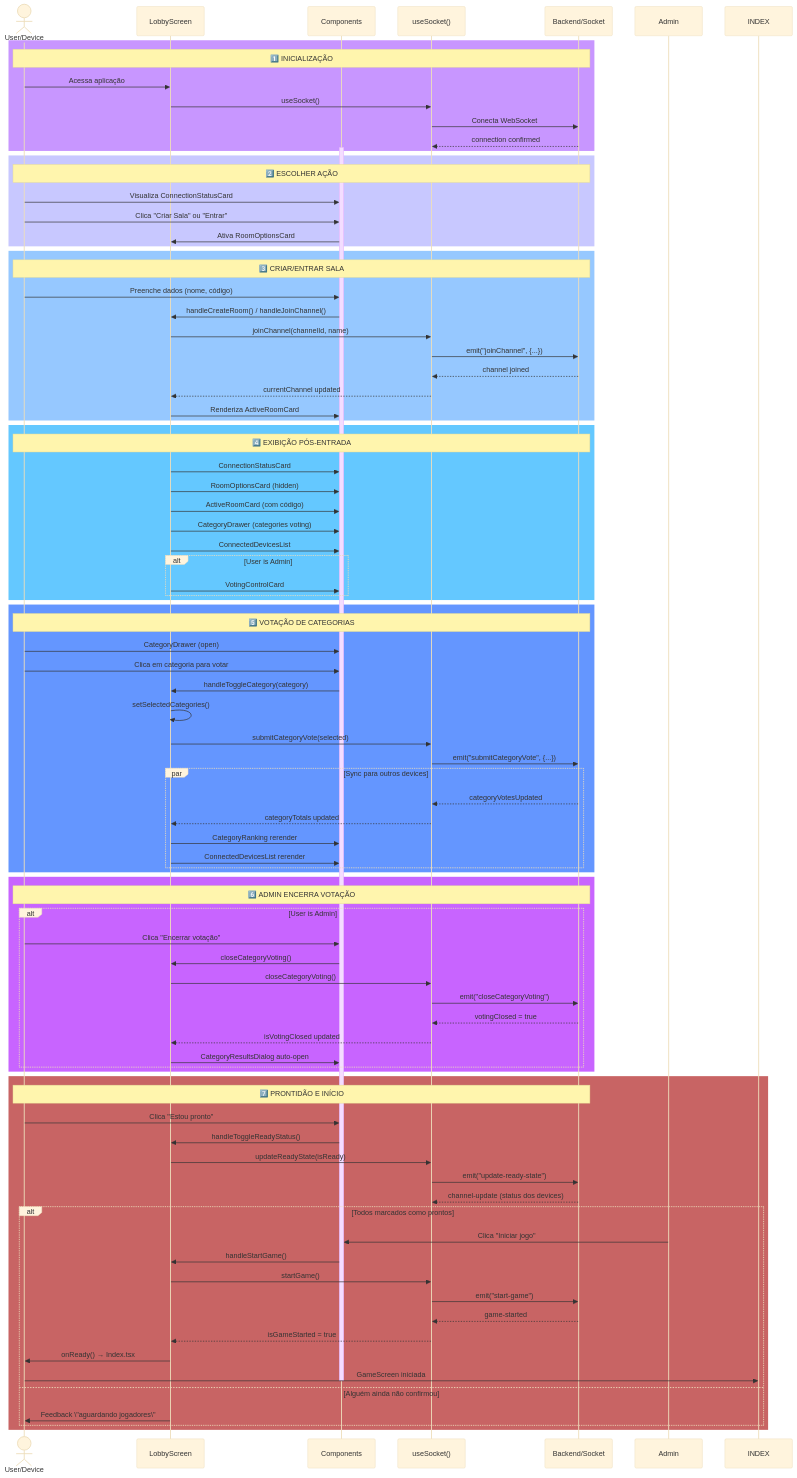
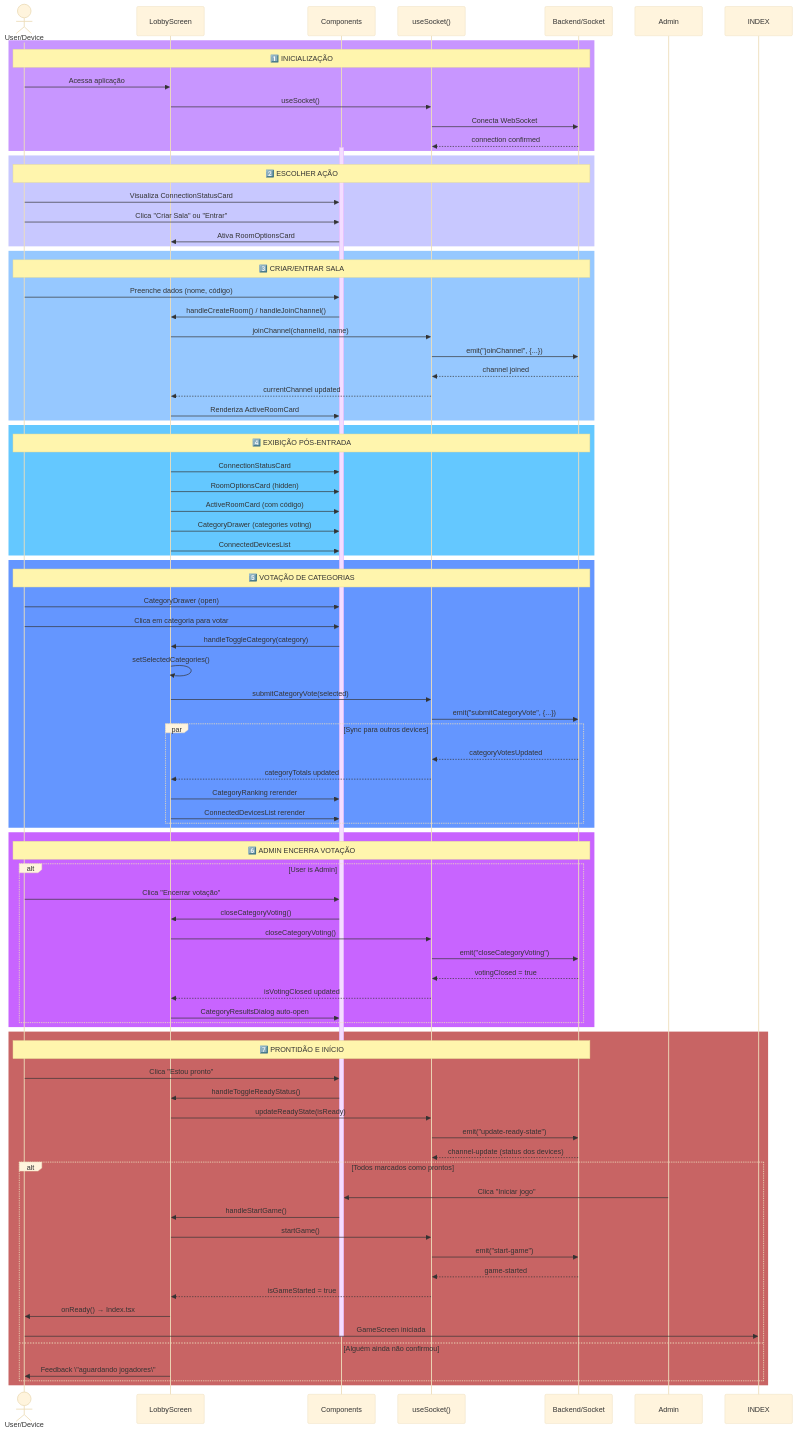
One commit to victordsgamorim/quiz-credo changed the first of 2 diagrams in src/components/lobby/README.md. Above: the diagram before and after it, drawn with Mermaid (base theme). The commit also changed other lines of this file and 2 other files, not shown here.

First line of the commit message:
Removes admin voting control; auto-closes voting

```diff
--- a/src/components/lobby/README.md
+++ b/src/components/lobby/README.md
@@ -106,9 +105,6 @@
         LS->>CARD: ActiveRoomCard (com código)
         LS->>CARD: CategoryDrawer (categories voting)
         LS->>CARD: ConnectedDevicesList
-        alt User is Admin
-            LS->>CARD: VotingControlCard
-        end
     end
 
     rect rgb(100, 150, 255)
```
